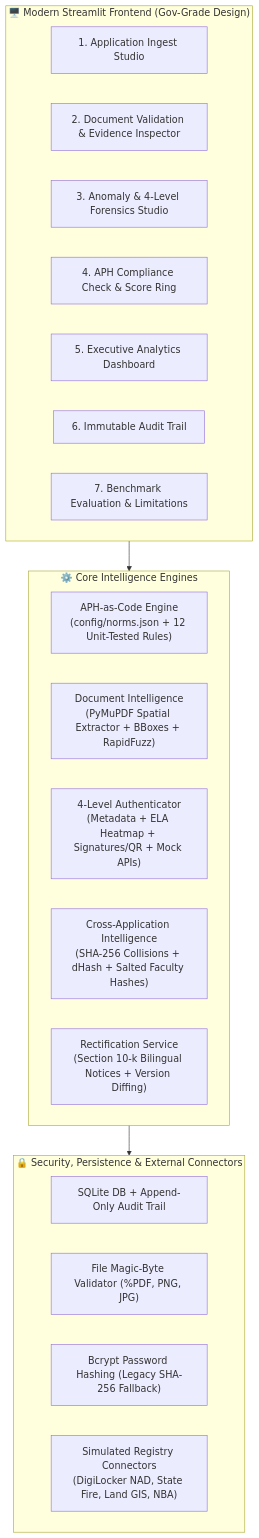
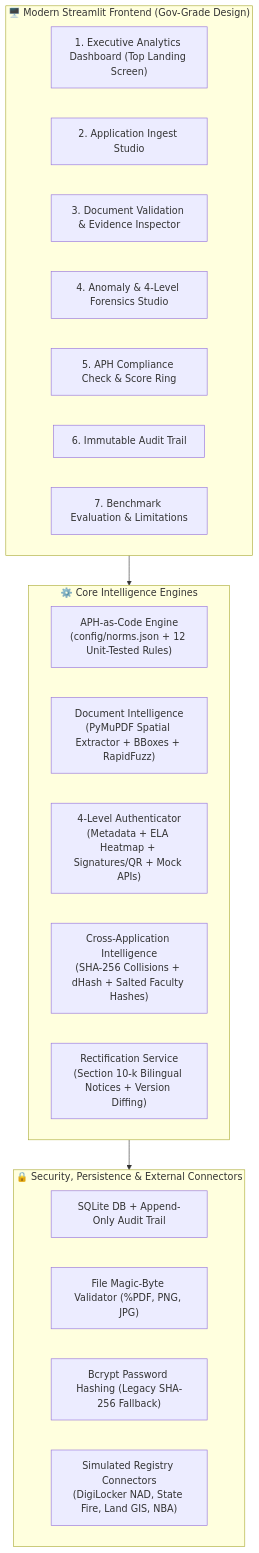
Before and after one commit to blazeg1/sih26261: the diagram in README.md, drawn with Mermaid. The commit also changed other lines of this file, not shown here.

Commit message:
docs: update navigation architecture and add officer registration to README

````diff
--- a/README.md
+++ b/README.md
@@ -30,30 +30,30 @@
 ```mermaid
 flowchart TD
     subgraph UI ["🖥️ Modern Streamlit Frontend (Gov-Grade Design)"]
-        A1["1. Application Ingest Studio"]
-        A2["2. Document Validation & Evidence Inspector"]
-        A3["3. Anomaly & 4-Level Forensics Studio"]
-        A4["4. APH Compliance Check & Score Ring"]
-        A5["5. Executive Analytics Dashboard"]
+        A1["1. Executive Analytics Dashboard (Top Landing Screen)"]
+        A2["2. Application Ingest Studio"]
+        A3["3. Document Validation & Evidence Inspector"]
+        A4["4. Anomaly & 4-Level Forensics Studio"]
+        A5["5. APH Compliance Check & Score Ring"]
         A6["6. Immutable Audit Trail"]
         A7["7. Benchmark Evaluation & Limitations"]
     end
 
     subgraph CoreEngine ["⚙️ Core Intelligence Engines"]
         E1["APH-as-Code Engine\n(config/norms.json + 12 Unit-Tested Rules)"]
         E2["Document Intelligence\n(PyMuPDF Spatial Extractor + BBoxes + RapidFuzz)"]
         E3["4-Level Authenticator\n(Metadata + ELA Heatmap + Signatures/QR + Mock APIs)"]
         E4["Cross-Application Intelligence\n(SHA-256 Collisions + dHash + Salted Faculty Hashes)"]
         E5["Rectification Service\n(Section 10-k Bilingual Notices + Version Diffing)"]
     end
 
     subgraph DataSecurity ["🔒 Security, Persistence & External Connectors"]
         S1["SQLite DB + Append-Only Audit Trail"]
         S2["File Magic-Byte Validator (%PDF, PNG, JPG)"]
         S3["Bcrypt Password Hashing (Legacy SHA-256 Fallback)"]
         S4["Simulated Registry Connectors\n(DigiLocker NAD, State Fire, Land GIS, NBA)"]
     end
 
     UI --> CoreEngine
     CoreEngine --> DataSecurity
 ```
````
